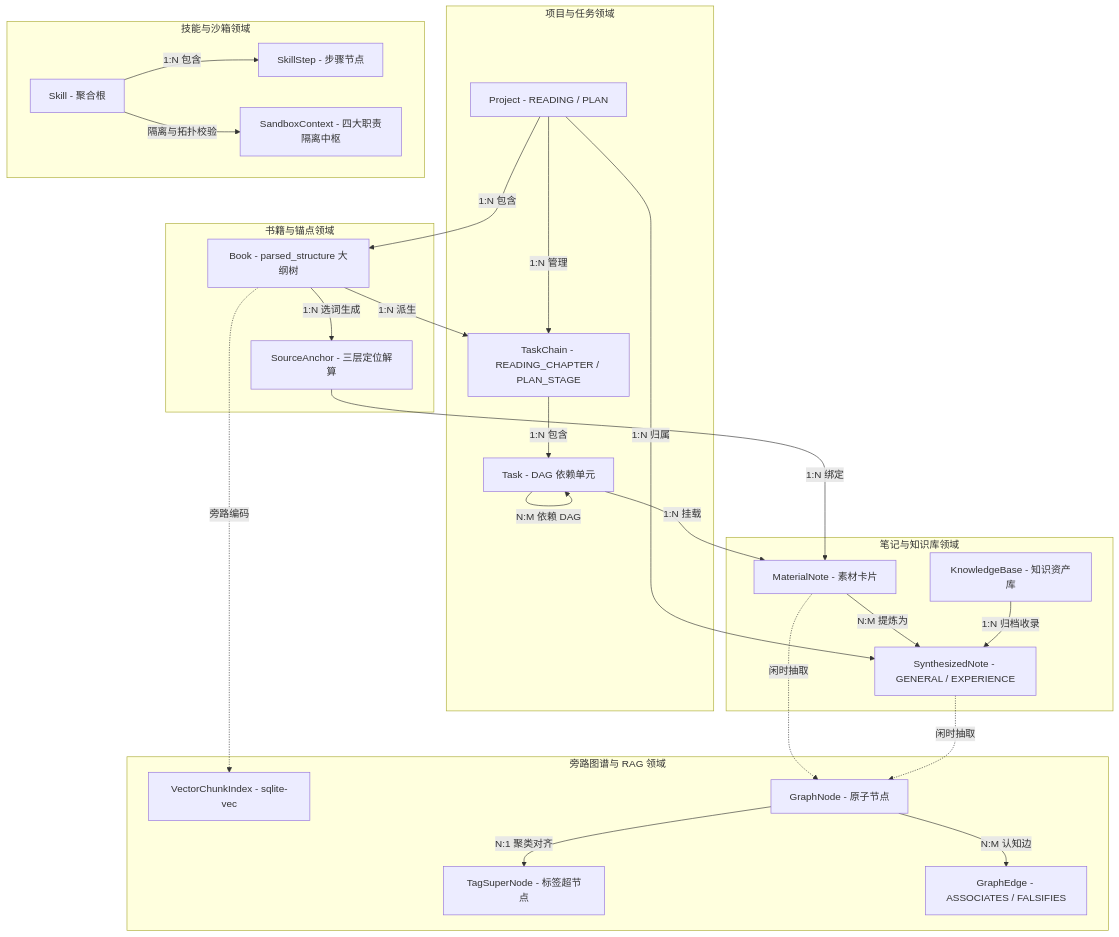
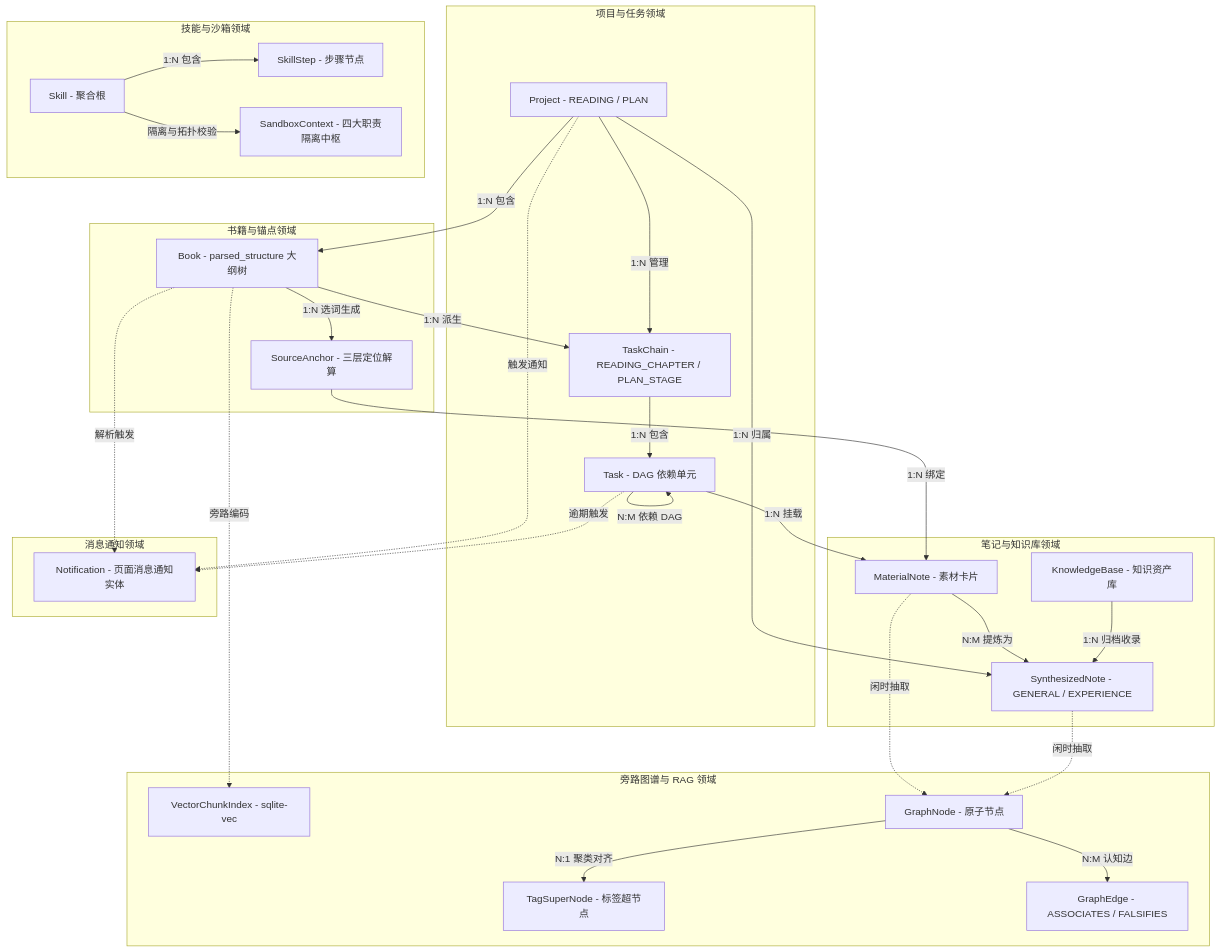
Before and after one commit to shanglihong/i-have-a-plan: the third of 3 diagrams in docs/06_system_architecture/architecture_backend_design_spec_v1.0.md, drawn with Mermaid. The commit also changed other lines of this file and 2 other files, not shown here.

Commit message:
docs: update business model and backend architecture design specifications

````diff
--- a/docs/06_system_architecture/architecture_backend_design_spec_v1.0.md
+++ b/docs/06_system_architecture/architecture_backend_design_spec_v1.0.md
@@ -182,56 +184,64 @@
 ```mermaid
 graph TD
     subgraph ProjectDomain ["项目与任务领域"]
         Project["Project - READING / PLAN"]
         TaskChain["TaskChain - READING_CHAPTER / PLAN_STAGE"]
         Task["Task - DAG 依赖单元"]
     end
 
     subgraph BookDomain ["书籍与锚点领域"]
         Book["Book - parsed_structure 大纲树"]
         SourceAnchor["SourceAnchor - 三层定位解算"]
     end
 
     subgraph NoteDomain ["笔记与知识库领域"]
         MaterialNote["MaterialNote - 素材卡片"]
         SynthesizedNote["SynthesizedNote - GENERAL / EXPERIENCE"]
         KnowledgeBase["KnowledgeBase - 知识资产库"]
     end
 
     subgraph SkillDomain ["技能与沙箱领域"]
         Skill["Skill - 聚合根"]
         SkillStep["SkillStep - 步骤节点"]
         SandboxContext["SandboxContext - 四大职责隔离中枢"]
     end
 
     subgraph GraphDomain ["旁路图谱与 RAG 领域"]
         VectorChunkIndex["VectorChunkIndex - sqlite-vec"]
         GraphNode["GraphNode - 原子节点"]
         TagSuperNode["TagSuperNode - 标签超节点"]
         GraphEdge["GraphEdge - ASSOCIATES / FALSIFIES"]
     end
 
+    subgraph NotificationDomain ["消息通知领域"]
+        Notification["Notification - 页面消息通知实体"]
+    end
+
     Project -->|"1:N 包含"| Book
     Project -->|"1:N 管理"| TaskChain
     Book -->|"1:N 派生"| TaskChain
     TaskChain -->|"1:N 包含"| Task
     Task -->|"N:M 依赖 DAG"| Task
+
+    Project -.->|"触发通知"| Notification
+    Book -.->|"解析触发"| Notification
+    Task -.->|"逾期触发"| Notification
 
     Book -->|"1:N 选词生成"| SourceAnchor
     SourceAnchor -->|"1:N 绑定"| MaterialNote
     Task -->|"1:N 挂载"| MaterialNote
 
     MaterialNote -->|"N:M 提炼为"| SynthesizedNote
     Project -->|"1:N 归属"| SynthesizedNote
     KnowledgeBase -->|"1:N 归档收录"| SynthesizedNote
 
     Skill -->|"1:N 包含"| SkillStep
     Skill -->|"隔离与拓扑校验"| SandboxContext
 
     Book -.->|"旁路编码"| VectorChunkIndex
     MaterialNote -.->|"闲时抽取"| GraphNode
     SynthesizedNote -.->|"闲时抽取"| GraphNode
 
     GraphNode -->|"N:M 认知边"| GraphEdge
     GraphNode -->|"N:1 聚类对齐"| TagSuperNode
 ```
````
